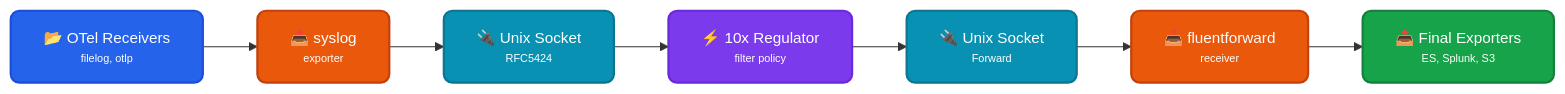
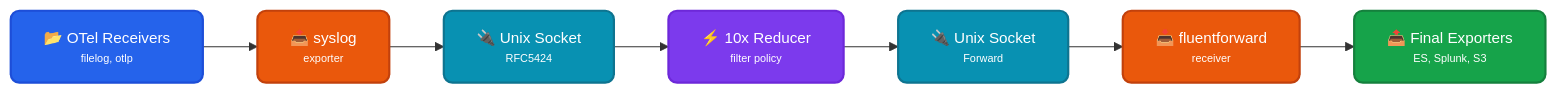
The diagram in pipelines/run/modules/input/forwarder/otel-collector/regulate/doc.md (log-10x/modules), drawn with Mermaid before and after one commit. The commit also changed other lines of this file and 74 other files, not shown here.

First line of the commit message:
refactor: rename apps/regulator → apps/reducer (#21)

````diff
--- a/pipelines/run/modules/input/forwarder/otel-collector/regulate/doc.md
+++ b/pipelines/run/modules/input/forwarder/otel-collector/regulate/doc.md
@@ -11,21 +11,21 @@
 ```mermaid
 graph LR
     A["<div style='font-size: 14px;'>📂 OTel Receivers</div><div style='font-size: 10px;'>filelog, otlp</div>"] --> B["<div style='font-size: 14px;'>📤 syslog</div><div style='font-size: 10px;'>exporter</div>"]
     B --> C["<div style='font-size: 14px;'>🔌 Unix Socket</div><div style='font-size: 10px;'>RFC5424</div>"]
-    C --> D["<div style='font-size: 14px;'>⚡ 10x Regulator</div><div style='font-size: 10px;'>filter policy</div>"]
+    C --> D["<div style='font-size: 14px;'>⚡ 10x Reducer</div><div style='font-size: 10px;'>filter policy</div>"]
     D --> E["<div style='font-size: 14px;'>🔌 Unix Socket</div><div style='font-size: 10px;'>Forward</div>"]
     E --> F["<div style='font-size: 14px;'>📥 fluentforward</div><div style='font-size: 10px;'>receiver</div>"]
     F --> G["<div style='font-size: 14px;'>📤 Final Exporters</div><div style='font-size: 10px;'>ES, Splunk, S3</div>"]
 
     classDef receiver fill:#2563eb,stroke:#1d4ed8,color:#ffffff,stroke-width:2px,rx:8,ry:8
     classDef exporter fill:#ea580c,stroke:#c2410c,color:#ffffff,stroke-width:2px,rx:8,ry:8
     classDef socket fill:#0891b2,stroke:#0e7490,color:#ffffff,stroke-width:2px,rx:8,ry:8
     classDef engine fill:#7c3aed,stroke:#6d28d9,color:#ffffff,stroke-width:2px,rx:8,ry:8
     classDef output fill:#16a34a,stroke:#15803d,color:#ffffff,stroke-width:2px,rx:8,ry:8
 
     class A receiver
     class B,F exporter
     class C,E socket
     class D engine
     class G output
 ```
````
